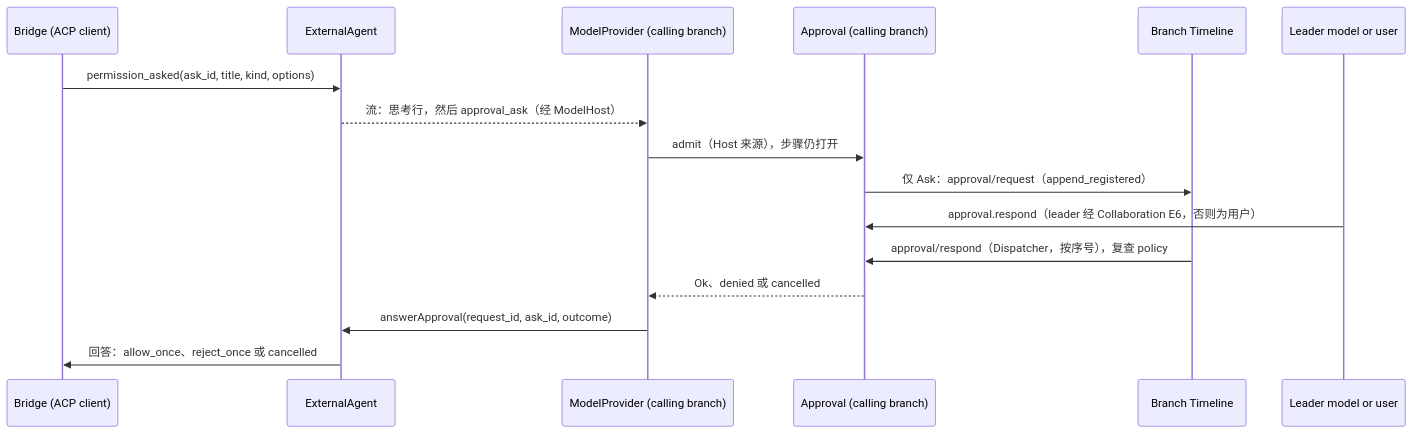
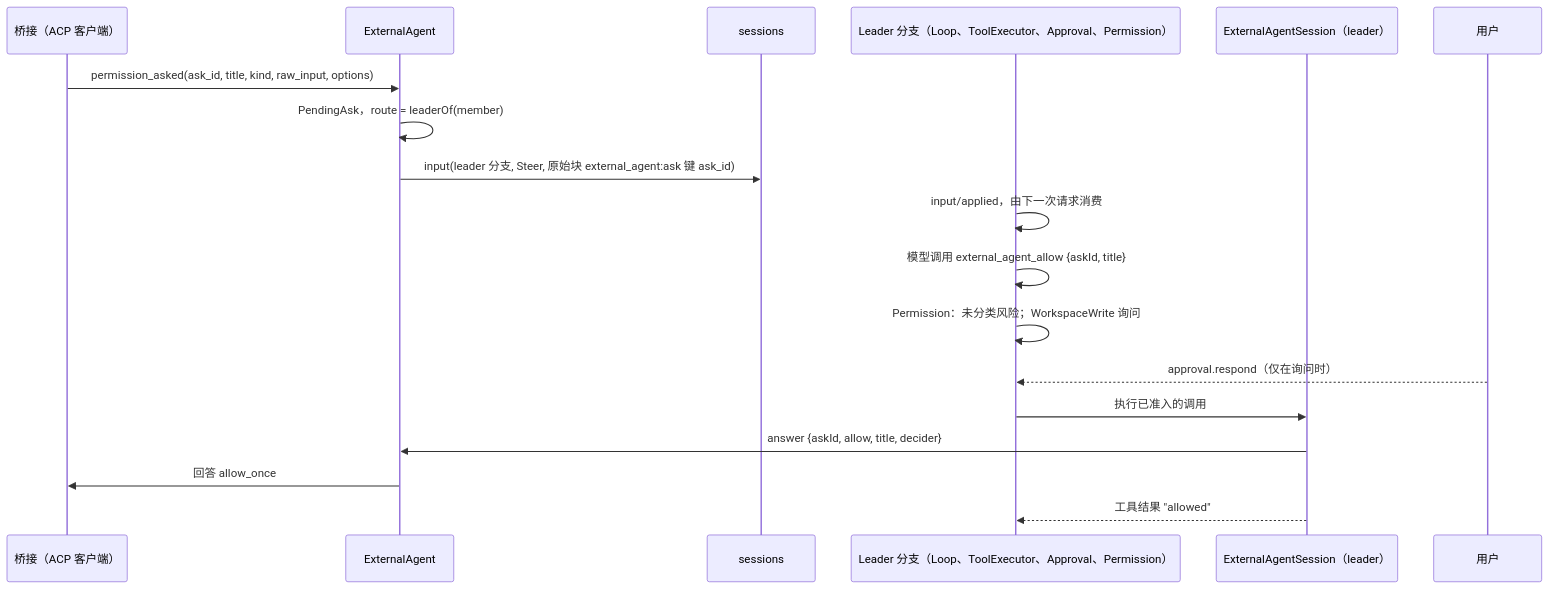
One commit to CoutinhoTTS/dim-agent changed the fourth of 5 diagrams in docs/zh/design/plugins/ExternalAgent.md. Above: the diagram before and after it, drawn with Mermaid. The commit also changed other lines of this file and 4 other files, not shown here.

Commit message:
docs: ExternalAgent redesign zh mirror, overview and index updates (refs #145)

````diff
--- a/docs/zh/design/plugins/ExternalAgent.md
+++ b/docs/zh/design/plugins/ExternalAgent.md
@@ -130,18 +208,20 @@
 ```mermaid
 sequenceDiagram
-  participant BR as Bridge (ACP client)
+  participant BR as 桥接（ACP 客户端）
   participant EA as ExternalAgent
-  participant MP as ModelProvider (calling branch)
-  participant AP as Approval (calling branch)
-  participant TL as Branch Timeline
-  participant U as Leader model or user
-  BR->>EA: permission_asked(ask_id, title, kind, options)
-  EA-->>MP: 流：思考行，然后 approval_ask（经 ModelHost）
-  MP->>AP: admit（Host 来源），步骤仍打开
-  AP->>TL: 仅 Ask：approval/request（append_registered）
-  U->>AP: approval.respond（leader 经 Collaboration E6，否则为用户）
-  TL->>AP: approval/respond（Dispatcher，按序号），复查 policy
-  AP-->>MP: Ok、denied 或 cancelled
-  MP->>EA: answerApproval(request_id, ask_id, outcome)
-  EA->>BR: 回答：allow_once、reject_once 或 cancelled
+  participant SA as sessions
+  participant LB as Leader 分支（Loop、ToolExecutor、Approval、Permission）
+  participant ES as ExternalAgentSession（leader）
+  participant U as 用户
+  BR->>EA: permission_asked(ask_id, title, kind, raw_input, options)
+  EA->>EA: PendingAsk，route = leaderOf(member)
+  EA->>SA: input(leader 分支, Steer, 原始块 external_agent:ask 键 ask_id)
+  LB->>LB: input/applied，由下一次请求消费
+  LB->>LB: 模型调用 external_agent_allow {askId, title}
+  LB->>LB: Permission：未分类风险；WorkspaceWrite 询问
+  U-->>LB: approval.respond（仅在询问时）
+  LB->>ES: 执行已准入的调用
+  ES->>EA: answer {askId, allow, title, decider}
+  EA->>BR: 回答 allow_once
+  ES-->>LB: 工具结果 "allowed"
 ```
````
